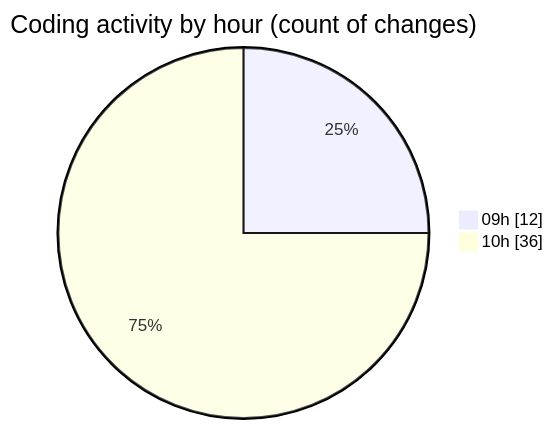
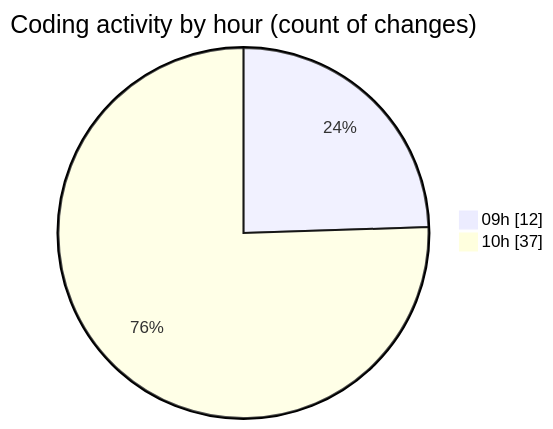
One commit to momahboobian/code-tracking changed the second of 2 diagrams in 2025-10-03/cda/README.md. Above: the diagram before and after it, drawn with Mermaid. The commit also changed other lines of this file and 1 other file, not shown here.

````diff
--- a/2025-10-03/cda/README.md
+++ b/2025-10-03/cda/README.md
@@ -31,6 +31,6 @@
 ```mermaid
 pie showData
 title Coding activity by hour (count of changes)
 "09h" : 12
-"10h" : 36
+"10h" : 37
 ```
````
